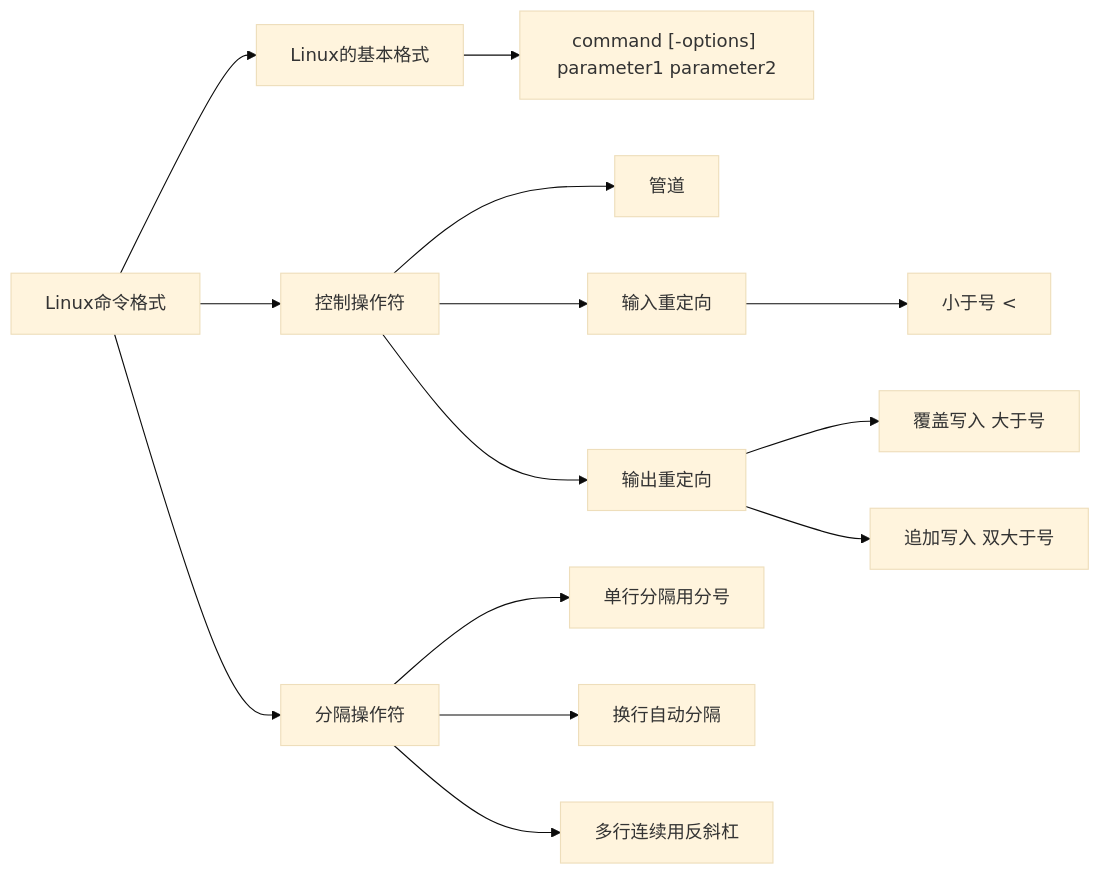
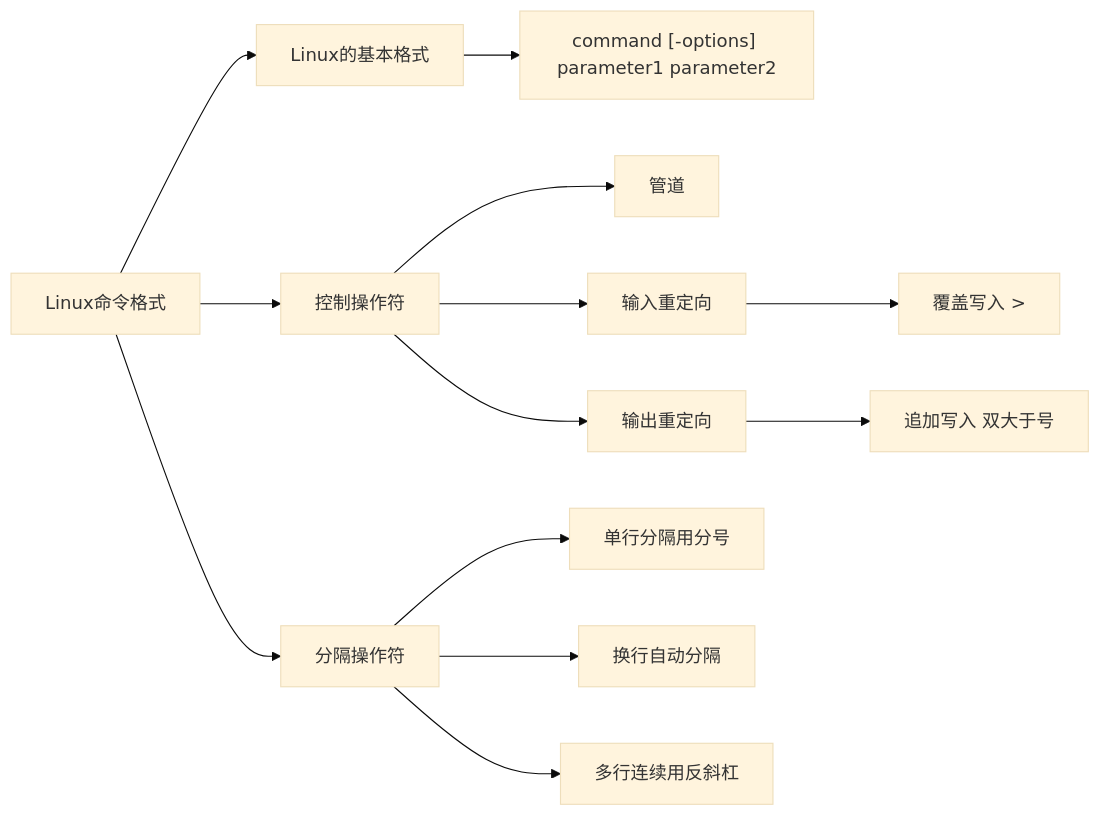
One commit to 78590-web/tech-blog changed the third of 3 diagrams in docs/linux/shell-01-intro.md. Above: the diagram before and after it, drawn with Mermaid (base theme). The commit also changed other lines of this file, not shown here.

Commit message:
fix: change h1 to h2 for toc, fix duplicate mermaid node id

````diff
--- a/docs/linux/shell-01-intro.md
+++ b/docs/linux/shell-01-intro.md
@@ -170,16 +172,15 @@
 ```mermaid
 flowchart LR
 A_1[Linux命令格式] --> B_1[Linux的基本格式]
 B_1[Linux的基本格式] --> C_1["command [-options] parameter1 parameter2"]
 A_1[Linux命令格式] --> B_2[控制操作符]
 B_2[控制操作符] --> C_2[管道]
 B_2[控制操作符] --> C_3[输入重定向]
-C_3[输入重定向] --> D_1["小于号 &lt;"]
+C_3[输入重定向] --> D_1["覆盖写入 >"]
 B_2[控制操作符] --> C_4[输出重定向]
-C_4[输出重定向] --> D_2["覆盖写入 大于号"]
-C_4[输出重定向] --> D_3["追加写入 双大于号"]
+C_4[输出重定向] --> D_2["追加写入 双大于号"]
 A_1[Linux命令格式] --> B_3[分隔操作符]
 B_3[分隔操作符] --> C_5["单行分隔用分号"]
 B_3[分隔操作符] --> C_6[换行自动分隔]
 B_3[分隔操作符] --> C_7["多行连续用反斜杠"]
 ```
````
